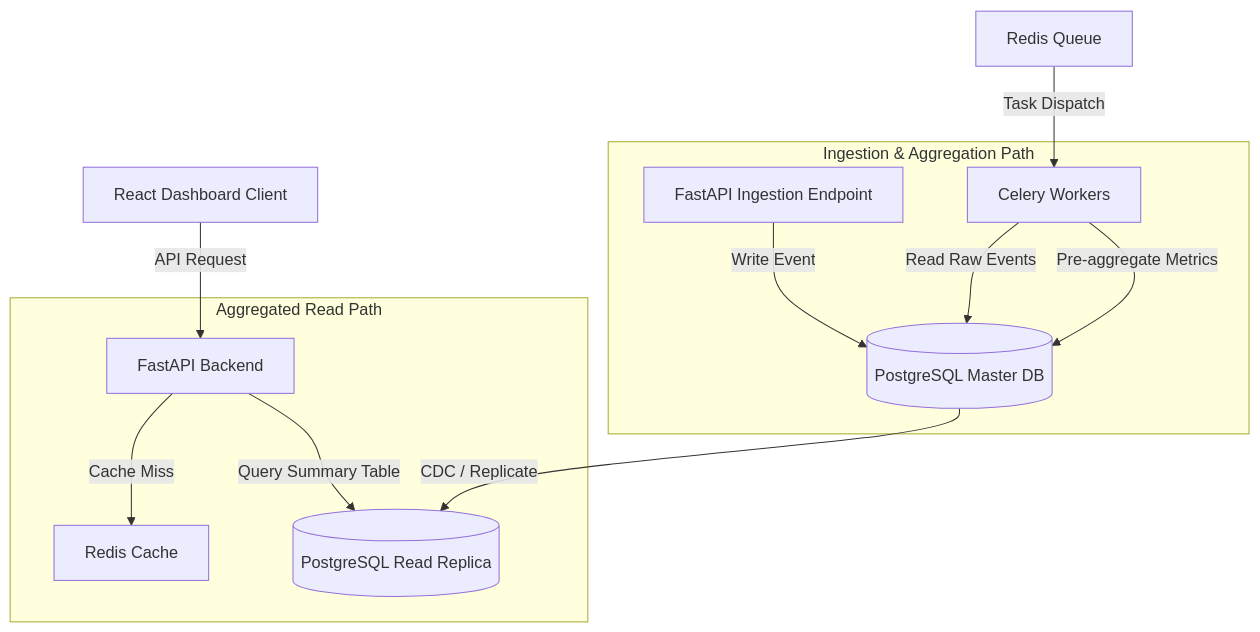
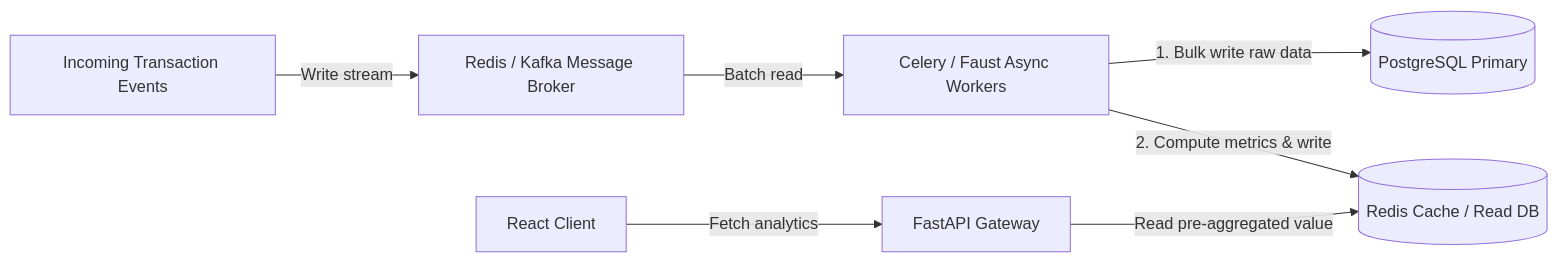
One commit to AD0791/interviewprep changed the diagram in 04_architecture_and_system_design/01_dashboard_system_architecture.md. Above: the diagram before and after it, drawn with Mermaid. The commit also changed other lines of this file and 7 other files, not shown here.

````diff
--- a/04_architecture_and_system_design/01_dashboard_system_architecture.md
+++ b/04_architecture_and_system_design/01_dashboard_system_architecture.md
@@ -22,19 +16,9 @@
 ```mermaid
-graph TD
-    Client[React Dashboard Client] -->|API Request| Gateway[FastAPI Backend]
-    
-    subgraph ReadPath ["Aggregated Read Path"]
-        Gateway -->|Cache Miss| Redis[Redis Cache]
-        Gateway -->|Query Summary Table| DB_Replica[(PostgreSQL Read Replica)]
-    end
-    
-    subgraph WritePath ["Ingestion & Aggregation Path"]
-        IngestionAPI[FastAPI Ingestion Endpoint] -->|Write Event| DB_Master[(PostgreSQL Master DB)]
-        DB_Master -->|CDC / Replicate| DB_Replica
-        
-        Workers[Celery Workers] -->|Read Raw Events| DB_Master
-        Workers -->|Pre-aggregate Metrics| DB_Master
-    end
-    
-    Broker[Redis Queue] -->|Task Dispatch| Workers
+graph LR
+    Tx[Incoming Transaction Events] -->|Write stream| Broker[Redis / Kafka Message Broker]
+    Broker -->|Batch read| Worker[Celery / Faust Async Workers]
+    Worker -->|1. Bulk write raw data| DB[(PostgreSQL Primary)]
+    Worker -->|2. Compute metrics & write| Cache[(Redis Cache / Read DB)]
+    Client[React Client] -->|Fetch analytics| API[FastAPI Gateway]
+    API -->|Read pre-aggregated value| Cache
 ```
````
